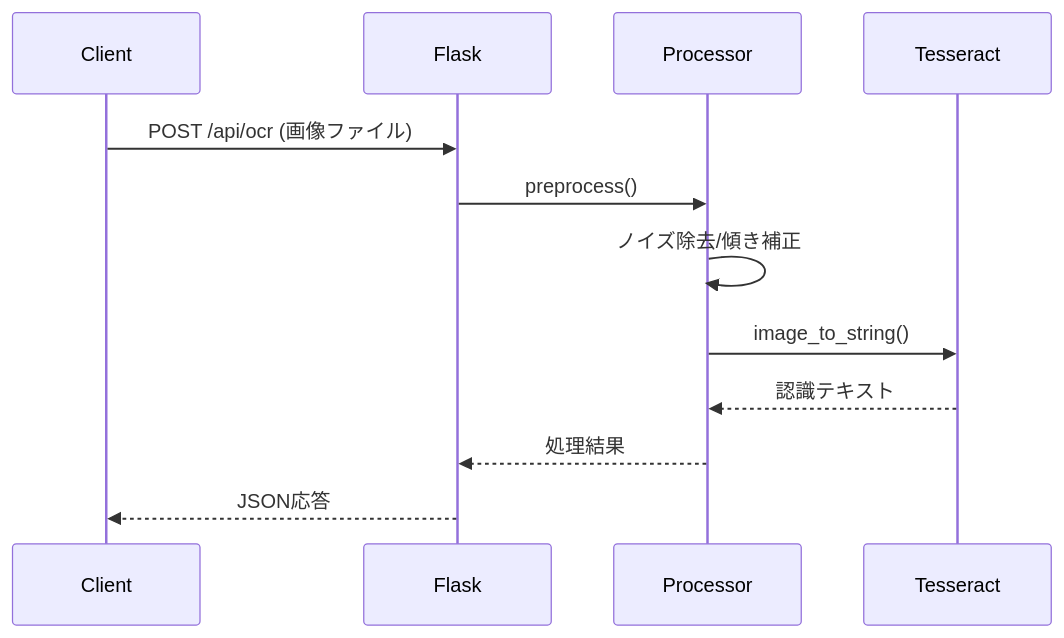
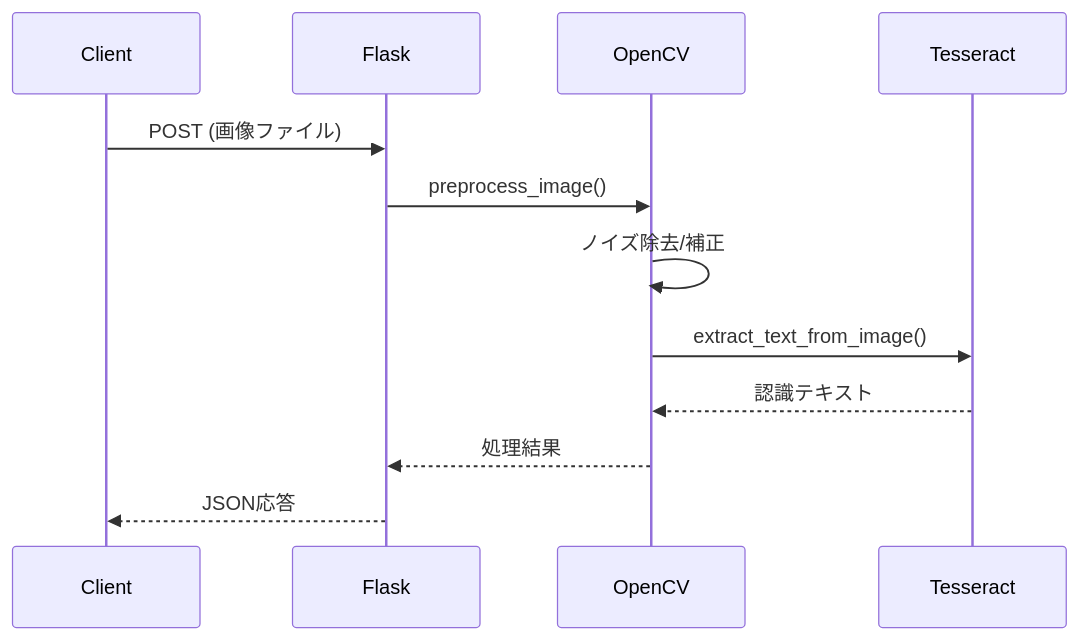
Before and after one commit to ka-stella/msa-playground: the diagram in services/ocr-service/README.md, drawn with Mermaid. The commit also changed 3 other files, not shown here.

````diff
--- a/services/ocr-service/README.md
+++ b/services/ocr-service/README.md
@@ -19,15 +19,15 @@
 ```mermaid
 sequenceDiagram
     participant Client
     participant Flask
-    participant Processor
+    participant OpenCV
     participant Tesseract
     
-    Client->>Flask: POST /api/ocr (画像ファイル)
-    Flask->>Processor: preprocess()
-    Processor->>Processor: ノイズ除去/傾き補正
-    Processor->>Tesseract: image_to_string()
-    Tesseract-->>Processor: 認識テキスト
-    Processor-->>Flask: 処理結果
+    Client->>Flask: POST (画像ファイル)
+    Flask->>OpenCV: preprocess_image()
+    OpenCV->>OpenCV: ノイズ除去/補正
+    OpenCV->>Tesseract: extract_text_from_image()
+    Tesseract-->>OpenCV: 認識テキスト
+    OpenCV-->>Flask: 処理結果
     Flask-->>Client: JSON応答
 ```
````
